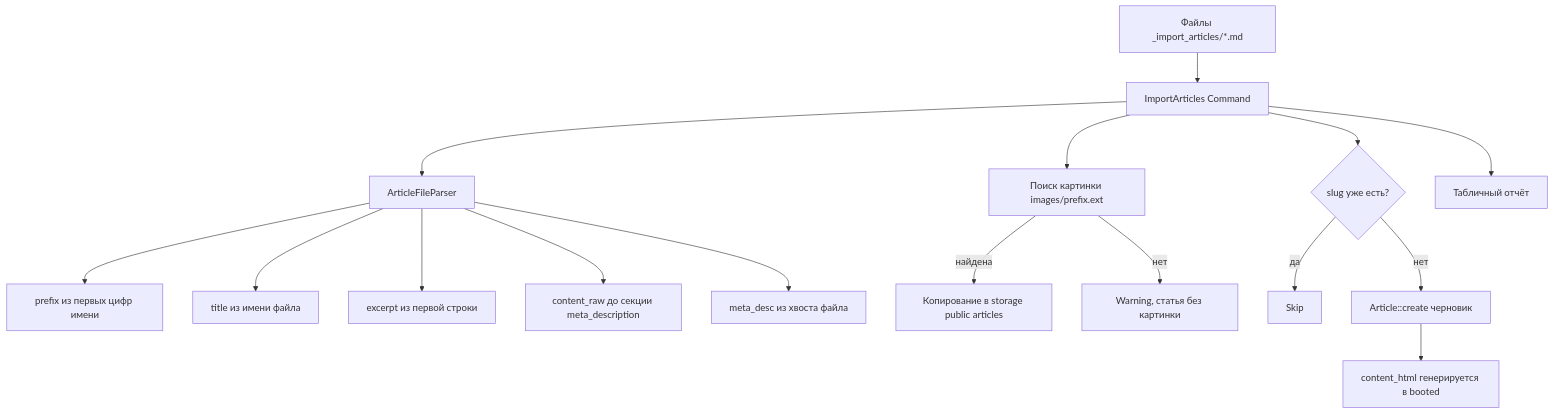
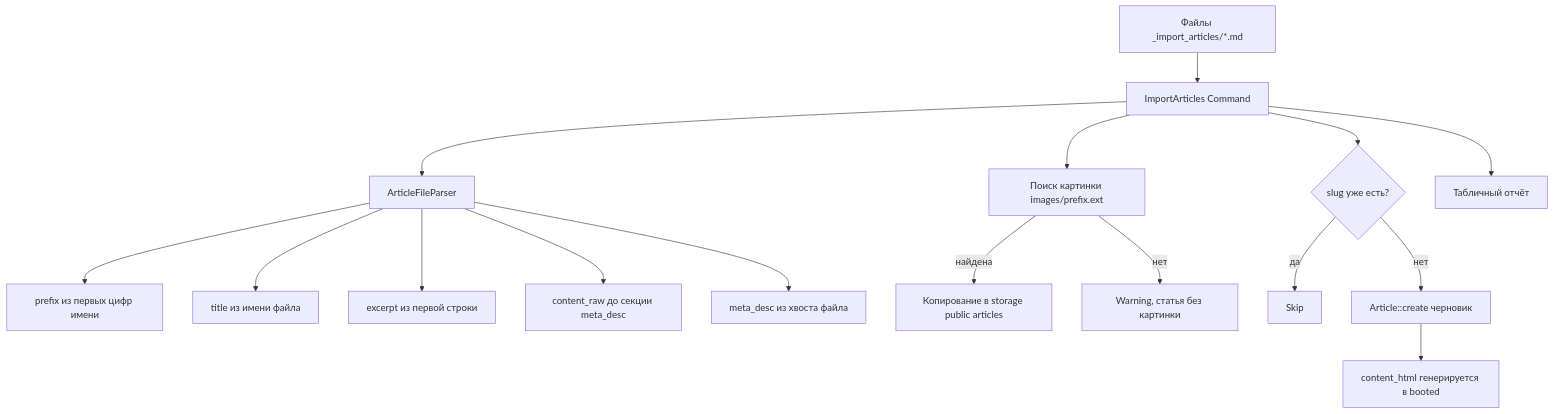
Before and after one commit to alexchasx/laravel-orchid-blog: the diagram in plans/import-articles.md, drawn with Mermaid. The commit also changed other lines of this file and 3 other files, not shown here.

````diff
--- a/plans/import-articles.md
+++ b/plans/import-articles.md
@@ -31,18 +31,18 @@
 ```mermaid
 flowchart TD
     A[Файлы _import_articles/*.md] --> B[ImportArticles Command]
     B --> C[ArticleFileParser]
     C --> D[prefix из первых цифр имени]
     C --> E[title из имени файла]
     C --> F[excerpt из первой строки]
-    C --> G[content_raw до секции meta_description]
+    C --> G[content_raw до секции meta_desc]
     C --> H[meta_desc из хвоста файла]
     B --> I[Поиск картинки images/prefix.ext]
     I -->|найдена| J[Копирование в storage public articles]
     I -->|нет| K[Warning, статья без картинки]
     B --> L{slug уже есть?}
     L -->|да| M[Skip]
     L -->|нет| N[Article::create черновик]
     N --> O[content_html генерируется в booted]
     B --> P[Табличный отчёт]
 ```
````
